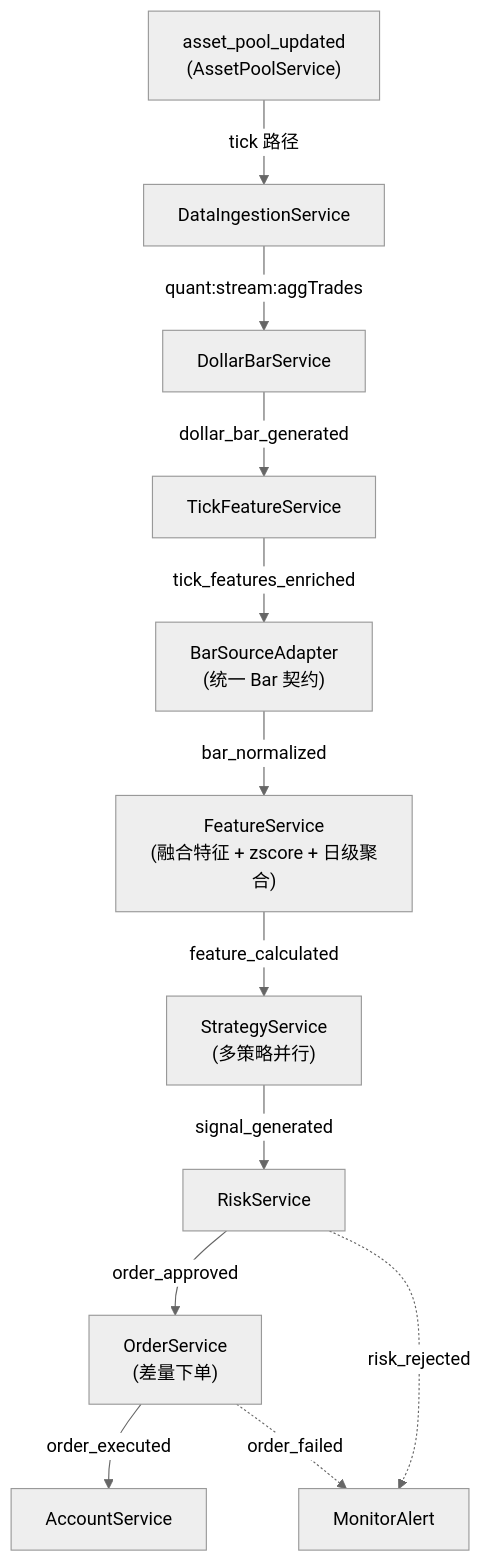
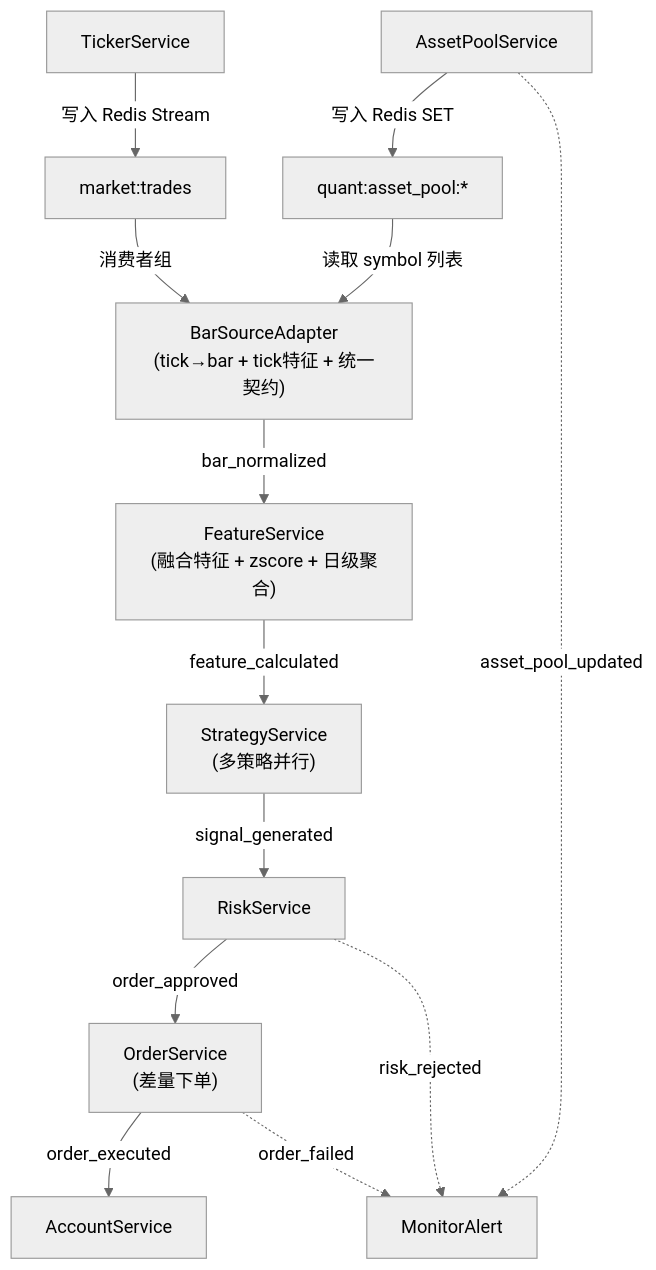
One commit to DragonQuantt/docs changed the second of 5 diagrams in content/architecture/index.md. Above: the diagram before and after it, drawn with Mermaid (neutral theme). The commit also changed other lines of this file, not shown here.

````diff
--- a/content/architecture/index.md
+++ b/content/architecture/index.md
@@ -176,17 +174,17 @@
 ```mermaid
 flowchart TD
-    AssetPoolUpdated["asset_pool_updated\n(AssetPoolService)"]
+    TickerSvc["TickerService"] -->|"写入 Redis Stream"| RedisStream["market:trades"]
+    AssetPoolSvc["AssetPoolService"] -->|"写入 Redis SET"| RedisSet["quant:asset_pool:*"]
+    AssetPoolSvc -.->|asset_pool_updated| MonitorAlert
 
-    AssetPoolUpdated -->|tick 路径| DataIngestion["DataIngestionService"]
-    DataIngestion -->|"quant:stream:aggTrades"| DollarBarSvc["DollarBarService"]
-    DollarBarSvc -->|dollar_bar_generated| TickFeatureSvc["TickFeatureService"]
-    TickFeatureSvc -->|tick_features_enriched| BarAdapter["BarSourceAdapter\n(统一 Bar 契约)"]
+    RedisStream -->|"消费者组"| BarAdapter["BarSourceAdapter\n(tick→bar + tick特征 + 统一契约)"]
+    RedisSet -->|"读取 symbol 列表"| BarAdapter
 
     BarAdapter -->|bar_normalized| FeatureSvc["FeatureService\n(融合特征 + zscore + 日级聚合)"]
     FeatureSvc -->|feature_calculated| StrategySvc["StrategyService\n(多策略并行)"]
     StrategySvc -->|signal_generated| RiskSvc["RiskService"]
     RiskSvc -->|order_approved| OrderSvc["OrderService\n(差量下单)"]
     RiskSvc -.->|risk_rejected| MonitorAlert
     OrderSvc -->|order_executed| AccountSvc["AccountService"]
     OrderSvc -.->|order_failed| MonitorAlert
 ```
````
